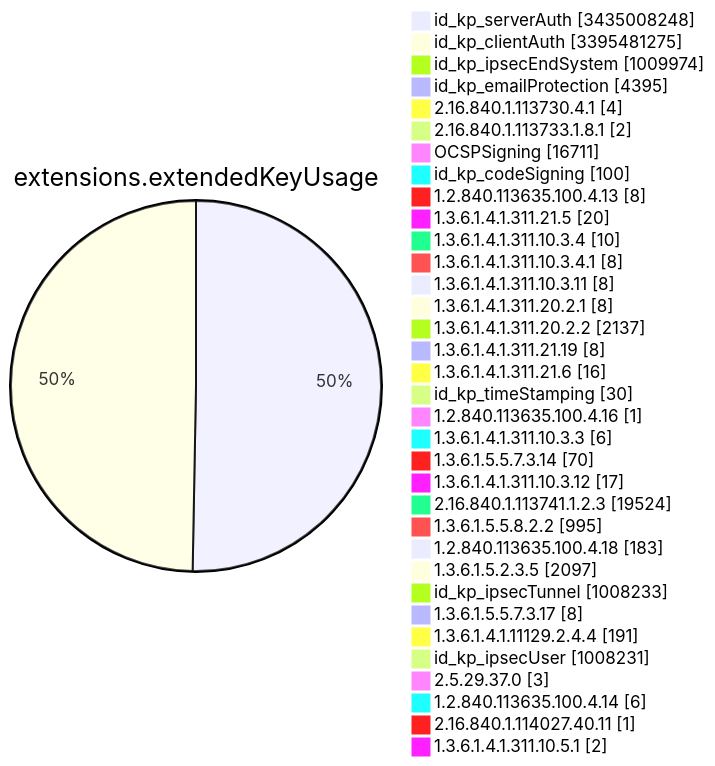
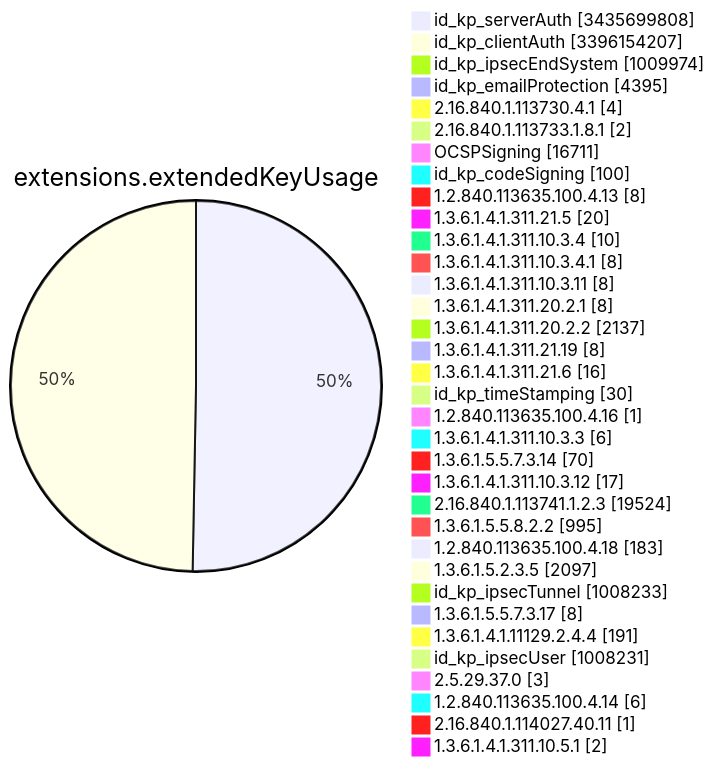
Before and after one commit to christiankrug/ctmonitor_visualization: diagram 11 of 15 in TOTAL/README.md, drawn with Mermaid. The commit also changed other lines of this file, not shown here.

````diff
--- a/TOTAL/README.md
+++ b/TOTAL/README.md
@@ -4123,38 +4123,38 @@
 ```mermaid
 pie showData
 title extensions.extendedKeyUsage
-"id_kp_serverAuth" :3435008248
-"id_kp_clientAuth" :3395481275
+"id_kp_serverAuth" :3435699808
+"id_kp_clientAuth" :3396154207
 "id_kp_ipsecEndSystem" :1009974
 "id_kp_emailProtection" :4395
 "2.16.840.1.113730.4.1" :4
 "2.16.840.1.113733.1.8.1" :2
 "OCSPSigning" :16711
 "id_kp_codeSigning" :100
 "1.2.840.113635.100.4.13" :8
 "1.3.6.1.4.1.311.21.5" :20
 "1.3.6.1.4.1.311.10.3.4" :10
 "1.3.6.1.4.1.311.10.3.4.1" :8
 "1.3.6.1.4.1.311.10.3.11" :8
 "1.3.6.1.4.1.311.20.2.1" :8
 "1.3.6.1.4.1.311.20.2.2" :2137
 "1.3.6.1.4.1.311.21.19" :8
 "1.3.6.1.4.1.311.21.6" :16
 "id_kp_timeStamping" :30
 "1.2.840.113635.100.4.16" :1
 "1.3.6.1.4.1.311.10.3.3" :6
 "1.3.6.1.5.5.7.3.14" :70
 "1.3.6.1.4.1.311.10.3.12" :17
 "2.16.840.1.113741.1.2.3" :19524
 "1.3.6.1.5.5.8.2.2" :995
 "1.2.840.113635.100.4.18" :183
 "1.3.6.1.5.2.3.5" :2097
 "id_kp_ipsecTunnel" :1008233
 "1.3.6.1.5.5.7.3.17" :8
 "1.3.6.1.4.1.11129.2.4.4" :191
 "id_kp_ipsecUser" :1008231
 "2.5.29.37.0" :3
 "1.2.840.113635.100.4.14" :6
 "2.16.840.1.114027.40.11" :1
 "1.3.6.1.4.1.311.10.5.1" :2
 ```
````
